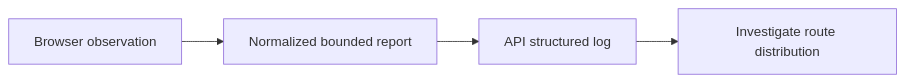
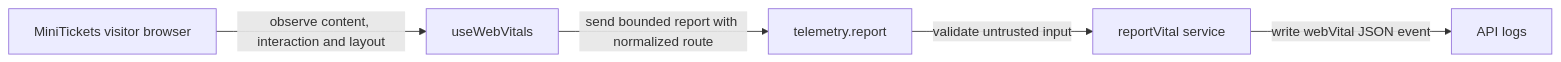
One commit to maheshnd/minitickets changed the diagram in docs/handbook/concepts/web-vitals.md. Above: the diagram before and after it, drawn with Mermaid. The commit also changed other lines of this file and 119 other files, not shown here.

````diff
--- a/docs/handbook/concepts/web-vitals.md
+++ b/docs/handbook/concepts/web-vitals.md
@@ -17,7 +19,7 @@
 ```mermaid
 flowchart LR
-    n0["Browser observation"] --> n1
-    n1["Normalized bounded report"] --> n2
-    n2["API structured log"] --> n3
-    n3["Investigate route distribution"]
+    B["MiniTickets visitor browser"] -->|"observe content, interaction and layout"| H["useWebVitals"]
+    H -->|"send bounded report with normalized route"| A["telemetry.report"]
+    A -->|"validate untrusted input"| S["reportVital service"]
+    S -->|"write webVital JSON event"| L["API logs"]
 ```
````
